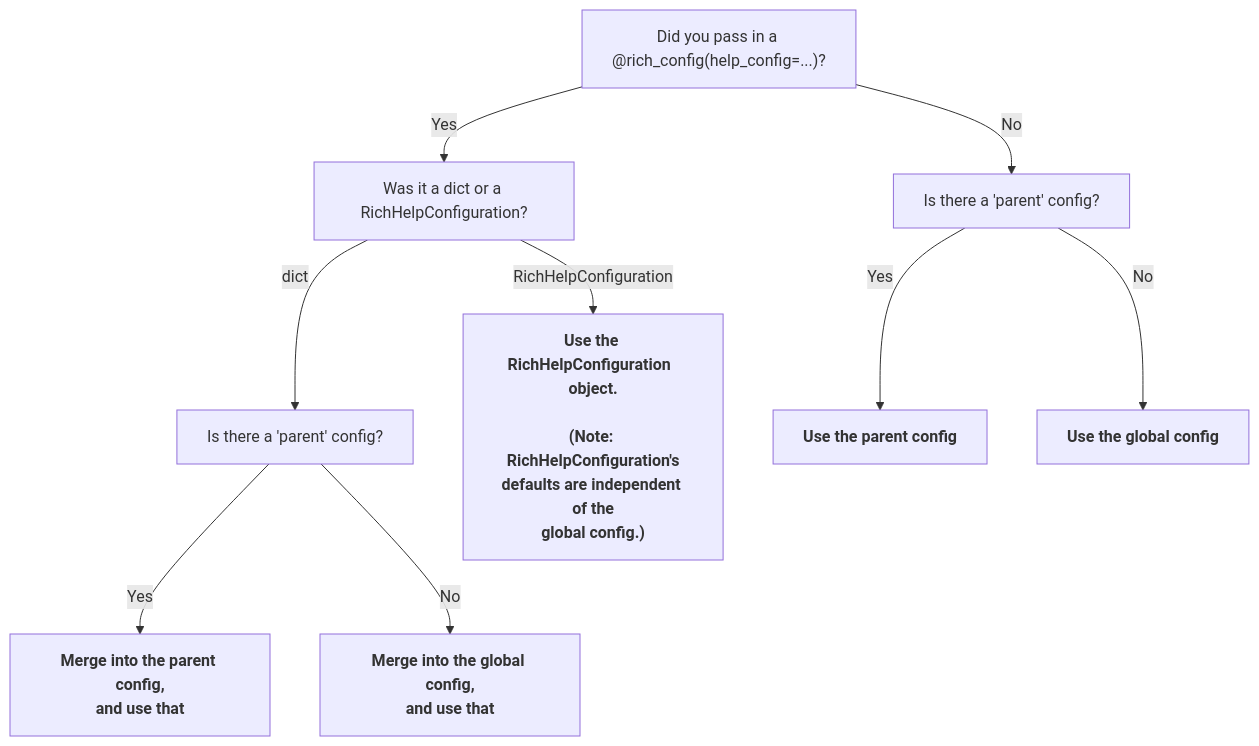
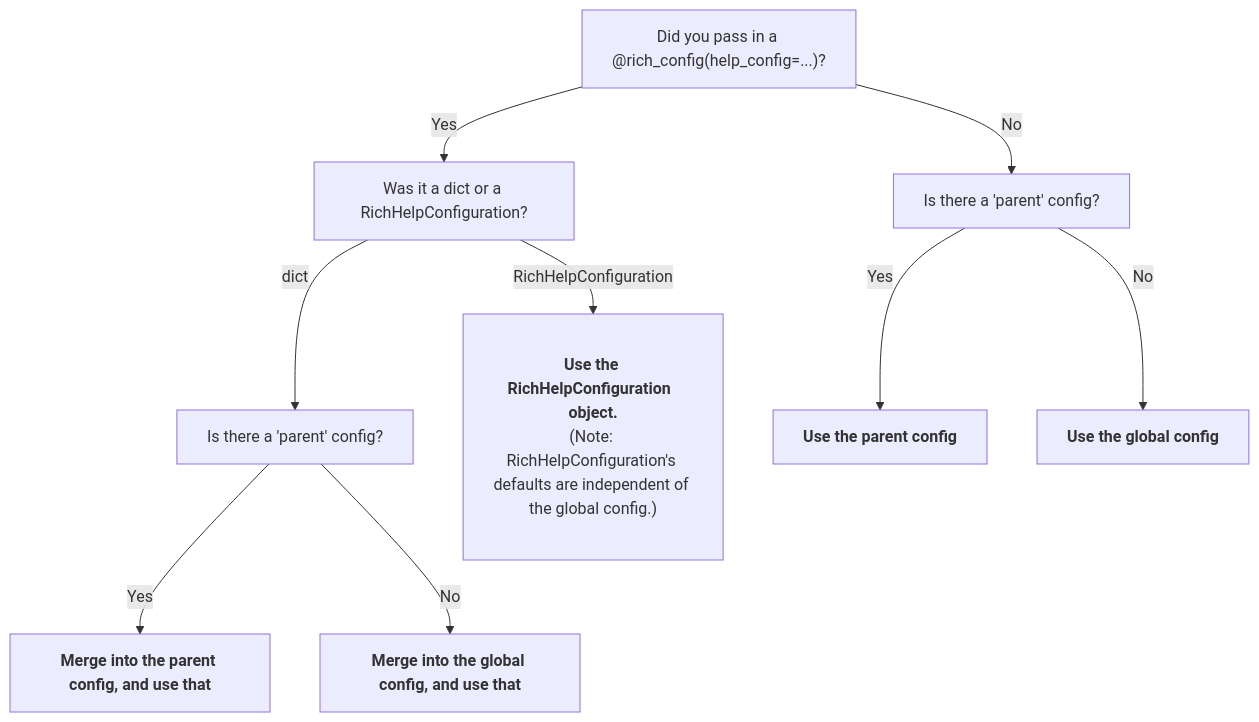
The diagram in docs/documentation/configuration.md (ewels/rich-click), drawn with Mermaid before and after one commit. The commit also changed other lines of this file and 1 other file, not shown here.

````diff
--- a/docs/documentation/configuration.md
+++ b/docs/documentation/configuration.md
@@ -220,38 +137,39 @@
 ```mermaid
 flowchart TD
     A["Did you pass in a @rich_config(help_config=...)?"]
     A --> |Yes| Ayes
     A --> |No| Ano
 
     Ayes["Was it a dict or a RichHelpConfiguration?"]
 
     Ayes --> |dict| AyesBdict
     Ayes --> |RichHelpConfiguration| AyesBrhc
 
     AyesBdict["Is there a 'parent' config?"]
     
     AyesBdict --> |Yes| AyesBdictCyes
     AyesBdict --> |No| AyesBdictCno
 
     AyesBdictCyes:::StoppingPoint
-    AyesBdictCyes["Merge into the parent config,\nand use that"]
+    AyesBdictCyes["Merge into the parent config, and use that"]
 
     AyesBdictCno:::StoppingPoint
-    AyesBdictCno["Merge into the global config,\nand use that"]
+    AyesBdictCno["Merge into the global config, and use that"]
 
-    AyesBrhc:::StoppingPoint
-    AyesBrhc["Use the RichHelpConfiguration  object.\n\n(Note: RichHelpConfiguration's\ndefaults are independent of the\nglobal config.)"]
+    AyesBrhc:::Wide
+    AyesBrhc["<font style="font-weight: 600;">Use the RichHelpConfiguration  object.</font><br>(Note: RichHelpConfiguration's defaults are independent of the global config.)"]
 
     Ano["Is there a 'parent' config?"]
 
     Ano --> |Yes| AnoByes
     Ano --> |No| AnoBno
 
     AnoByes:::StoppingPoint
     AnoByes["Use the parent config"]
 
     AnoBno:::StoppingPoint
     AnoBno["Use the global config"]
 
     classDef StoppingPoint font-weight: 600;
+    classDef Wide padding: 8.5em;
 ```
````
